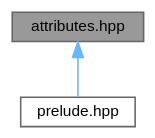
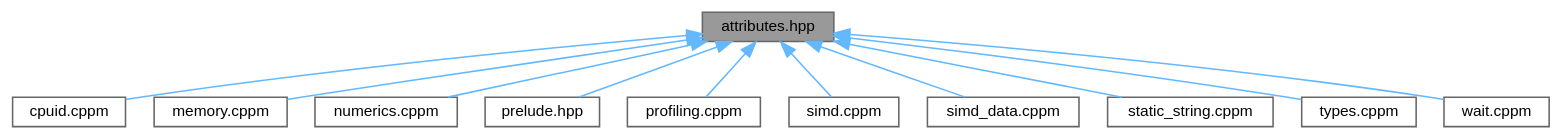
Before and after one commit to ekmett/ein: the diagram in attributes_8hpp__dep__incl.dot, drawn with Graphviz. The commit also changed 38 other files, not shown here.

```diff
--- a/attributes_8hpp__dep__incl.dot
+++ b/attributes_8hpp__dep__incl.dot
@@ -1,11 +1,29 @@
 digraph "attributes.hpp"
 {
  // INTERACTIVE_SVG=YES
  // LATEX_PDF_SIZE
   bgcolor="transparent";
   edge [fontname=Helvetica,fontsize=10,labelfontname=Helvetica,labelfontsize=10];
   node [fontname=Helvetica,fontsize=10,shape=box,height=0.2,width=0.4];
   Node1 [id="Node000001",label="attributes.hpp",height=0.2,width=0.4,color="gray40", fillcolor="grey60", style="filled", fontcolor="black",tooltip="an opinionated subset of clang/gcc attributes"];
   Node1 -> Node2 [id="edge1_Node000001_Node000002",dir="back",color="steelblue1",style="solid",tooltip=" "];
-  Node2 [id="Node000002",label="prelude.hpp",height=0.2,width=0.4,color="grey40", fillcolor="white", style="filled",URL="$prelude_8hpp.html",tooltip=" "];
+  Node2 [id="Node000002",label="cpuid.cppm",height=0.2,width=0.4,color="grey40", fillcolor="white", style="filled",URL="$cpuid_8cppm.html",tooltip=" "];
+  Node1 -> Node3 [id="edge2_Node000001_Node000003",dir="back",color="steelblue1",style="solid",tooltip=" "];
+  Node3 [id="Node000003",label="memory.cppm",height=0.2,width=0.4,color="grey40", fillcolor="white", style="filled",URL="$memory_8cppm.html",tooltip=" "];
+  Node1 -> Node4 [id="edge3_Node000001_Node000004",dir="back",color="steelblue1",style="solid",tooltip=" "];
+  Node4 [id="Node000004",label="numerics.cppm",height=0.2,width=0.4,color="grey40", fillcolor="white", style="filled",URL="$numerics_8cppm.html",tooltip=" "];
+  Node1 -> Node5 [id="edge4_Node000001_Node000005",dir="back",color="steelblue1",style="solid",tooltip=" "];
+  Node5 [id="Node000005",label="prelude.hpp",height=0.2,width=0.4,color="grey40", fillcolor="white", style="filled",URL="$prelude_8hpp.html",tooltip=" "];
+  Node1 -> Node6 [id="edge5_Node000001_Node000006",dir="back",color="steelblue1",style="solid",tooltip=" "];
+  Node6 [id="Node000006",label="profiling.cppm",height=0.2,width=0.4,color="grey40", fillcolor="white", style="filled",URL="$profiling_8cppm.html",tooltip=" "];
+  Node1 -> Node7 [id="edge6_Node000001_Node000007",dir="back",color="steelblue1",style="solid",tooltip=" "];
+  Node7 [id="Node000007",label="simd.cppm",height=0.2,width=0.4,color="grey40", fillcolor="white", style="filled",URL="$simd_8cppm.html",tooltip=" "];
+  Node1 -> Node8 [id="edge7_Node000001_Node000008",dir="back",color="steelblue1",style="solid",tooltip=" "];
+  Node8 [id="Node000008",label="simd_data.cppm",height=0.2,width=0.4,color="grey40", fillcolor="white", style="filled",URL="$simd__data_8cppm.html",tooltip=" "];
+  Node1 -> Node9 [id="edge8_Node000001_Node000009",dir="back",color="steelblue1",style="solid",tooltip=" "];
+  Node9 [id="Node000009",label="static_string.cppm",height=0.2,width=0.4,color="grey40", fillcolor="white", style="filled",URL="$static__string_8cppm.html",tooltip=" "];
+  Node1 -> Node10 [id="edge9_Node000001_Node000010",dir="back",color="steelblue1",style="solid",tooltip=" "];
+  Node10 [id="Node000010",label="types.cppm",height=0.2,width=0.4,color="grey40", fillcolor="white", style="filled",URL="$types_8cppm.html",tooltip=" "];
+  Node1 -> Node11 [id="edge10_Node000001_Node000011",dir="back",color="steelblue1",style="solid",tooltip=" "];
+  Node11 [id="Node000011",label="wait.cppm",height=0.2,width=0.4,color="grey40", fillcolor="white", style="filled",URL="$wait_8cppm.html",tooltip="waiting strategies"];
 }
```
